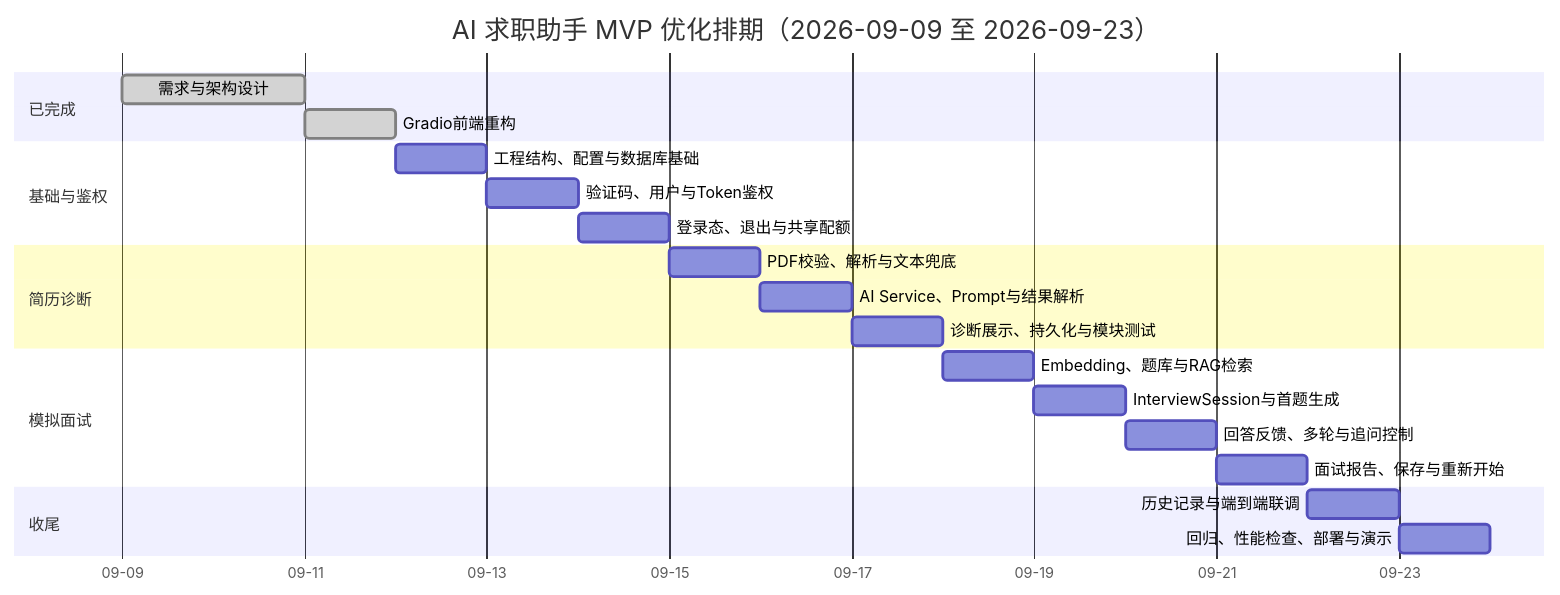
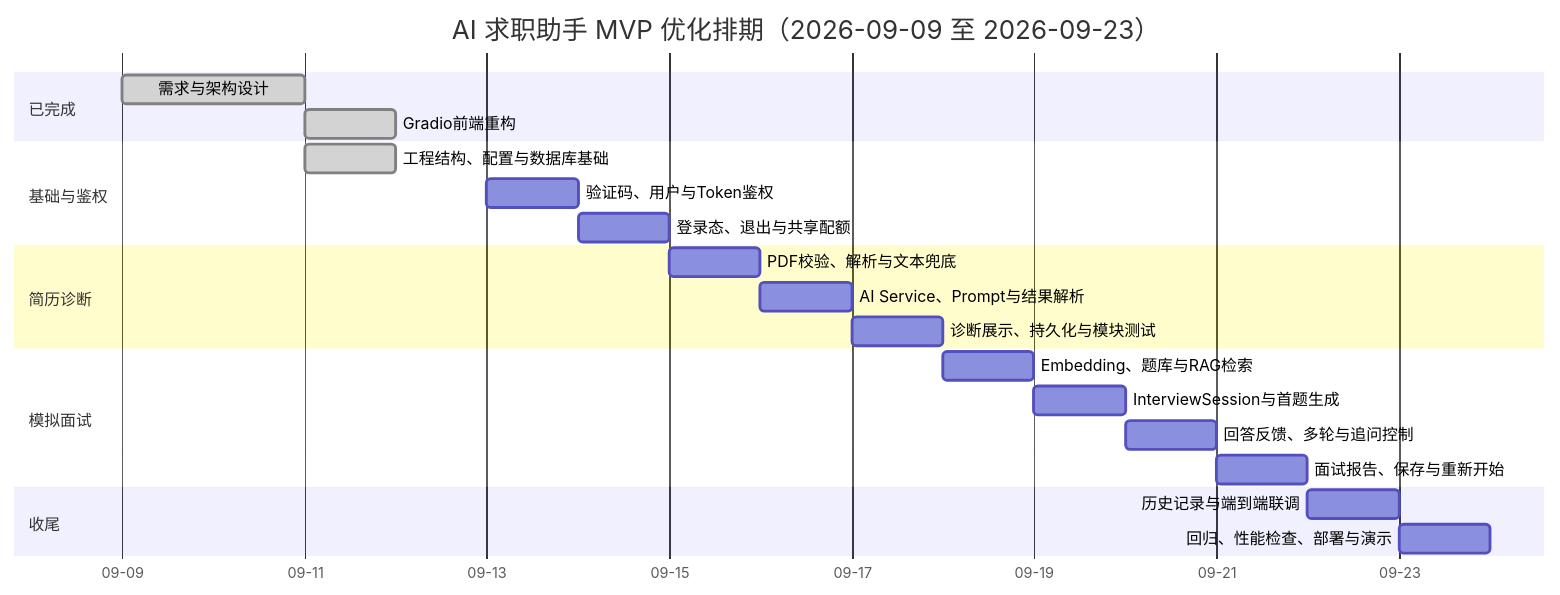
One commit to WwwwwHM/PBL_jobs-finder changed the first of 2 diagrams in 项目排期.md. Above: the diagram before and after it, drawn with Mermaid. The commit also changed other lines of this file and 17 other files, not shown here.

````diff
--- a/项目排期.md
+++ b/项目排期.md
@@ -78,30 +79,30 @@
 ```mermaid
 gantt
     title AI 求职助手 MVP 优化排期（2026-09-09 至 2026-09-23）
     dateFormat YYYY-MM-DD
     axisFormat %m-%d
 
     section 已完成
     需求与架构设计                 :done, a1, 2026-09-09, 2d
     Gradio前端重构                 :done, a2, 2026-09-11, 1d
 
     section 基础与鉴权
-    工程结构、配置与数据库基础      :b1, 2026-09-12, 1d
+    工程结构、配置与数据库基础      :done, b1, 2026-09-11, 1d
     验证码、用户与Token鉴权         :b2, 2026-09-13, 1d
     登录态、退出与共享配额          :b3, 2026-09-14, 1d
 
     section 简历诊断
     PDF校验、解析与文本兜底         :c1, 2026-09-15, 1d
     AI Service、Prompt与结果解析    :c2, 2026-09-16, 1d
     诊断展示、持久化与模块测试       :c3, 2026-09-17, 1d
 
     section 模拟面试
     Embedding、题库与RAG检索        :d1, 2026-09-18, 1d
     InterviewSession与首题生成      :d2, 2026-09-19, 1d
     回答反馈、多轮与追问控制         :d3, 2026-09-20, 1d
     面试报告、保存与重新开始         :d4, 2026-09-21, 1d
 
     section 收尾
     历史记录与端到端联调             :e1, 2026-09-22, 1d
     回归、性能检查、部署与演示        :e2, 2026-09-23, 1d
 ```
````
